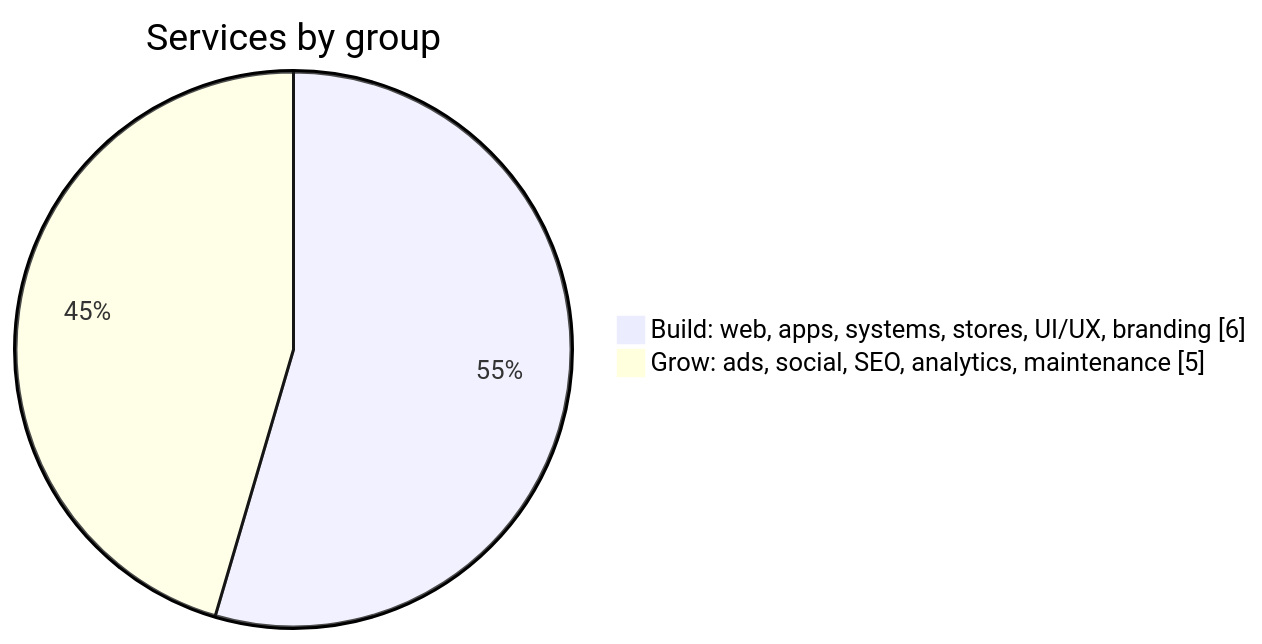
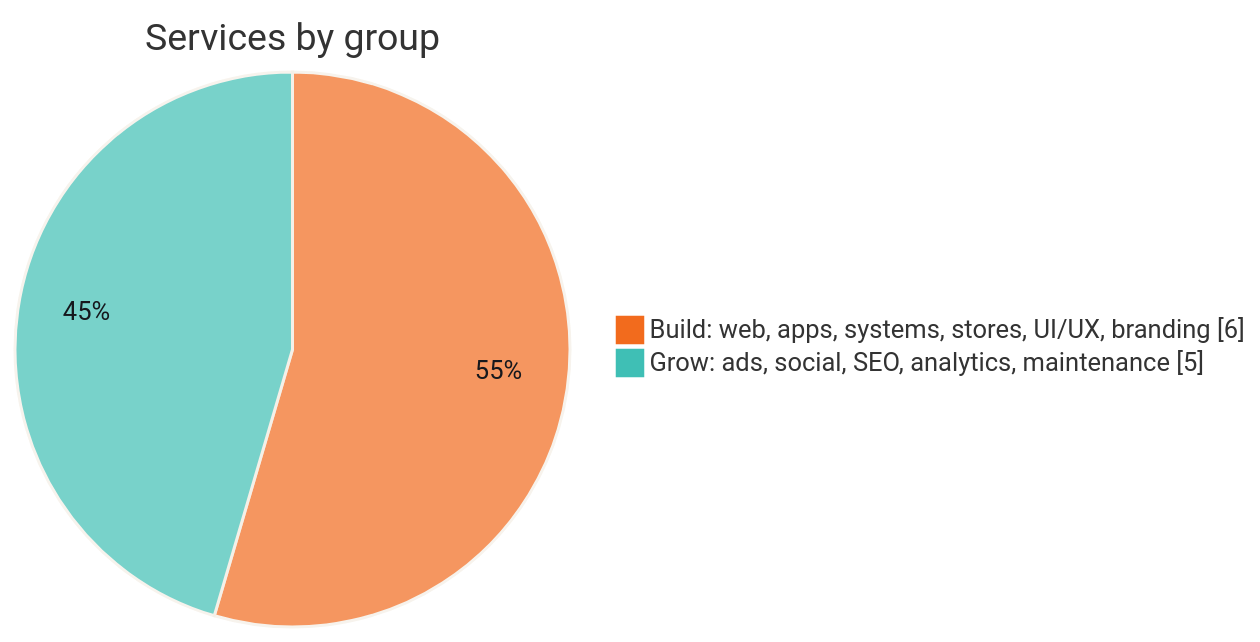
The fourth of 6 diagrams in README.md (engKhaledalwaked/Rawaj), drawn with Mermaid before and after one commit. The commit also changed other lines of this file, not shown here.

Commit message:
docs: brand colours for README charts

````diff
--- a/README.md
+++ b/README.md
@@ -185,6 +185,7 @@
 ```mermaid
+%%{init: {'theme': 'base', 'themeVariables': {'pie1': '#F26B1D', 'pie2': '#3FBFB5', 'pieSectionTextColor': '#16181D', 'pieStrokeColor': '#F4EFE6', 'pieOuterStrokeWidth': '0px'}}}%%
 pie showData
     title Services by group
     "Build: web, apps, systems, stores, UI/UX, branding" : 6
     "Grow: ads, social, SEO, analytics, maintenance" : 5
 ```
````
